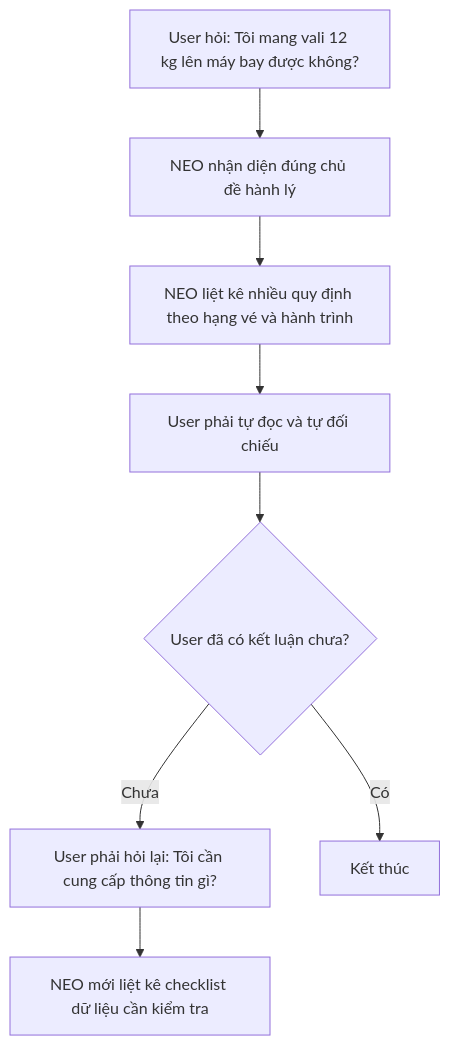
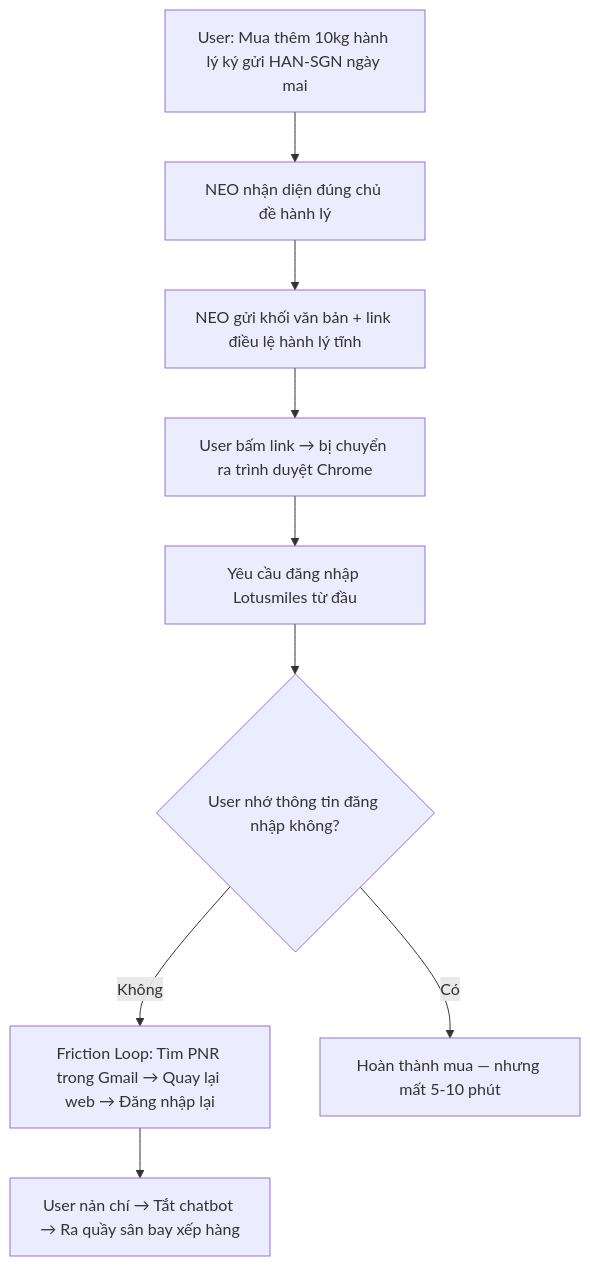
One commit to hanhvs/Day06-2A202600722-VuongSyHanh changed the first of 2 diagrams in 01-invidual-workshop/app-teardown-result.md. Above: the diagram before and after it, drawn with Mermaid. The commit also changed other lines of this file and 9 other files, not shown here.

````diff
--- a/01-invidual-workshop/app-teardown-result.md
+++ b/01-invidual-workshop/app-teardown-result.md
@@ -121,11 +114,12 @@
 ```mermaid
 flowchart TD
-    A["User hỏi: Tôi mang vali 12 kg lên máy bay được không?"]
+    A["User: Mua thêm 10kg hành lý ký gửi HAN-SGN ngày mai"]
     --> B["NEO nhận diện đúng chủ đề hành lý"]
-    --> C["NEO liệt kê nhiều quy định theo hạng vé và hành trình"]
-    --> D["User phải tự đọc và tự đối chiếu"]
-    --> E{"User đã có kết luận chưa?"}
-    E -- "Chưa" --> F["User phải hỏi lại: Tôi cần cung cấp thông tin gì?"]
-    F --> G["NEO mới liệt kê checklist dữ liệu cần kiểm tra"]
-    E -- "Có" --> H["Kết thúc"]
+    --> C["NEO gửi khối văn bản + link điều lệ hành lý tĩnh"]
+    --> D["User bấm link → bị chuyển ra trình duyệt Chrome"]
+    --> E["Yêu cầu đăng nhập Lotusmiles từ đầu"]
+    --> F{"User nhớ thông tin đăng nhập không?"}
+    F -- "Không" --> G["Friction Loop: Tìm PNR trong Gmail → Quay lại web → Đăng nhập lại"]
+    G --> H["User nản chí → Tắt chatbot → Ra quầy sân bay xếp hàng"]
+    F -- "Có" --> I["Hoàn thành mua — nhưng mất 5-10 phút"]
 ```
````
